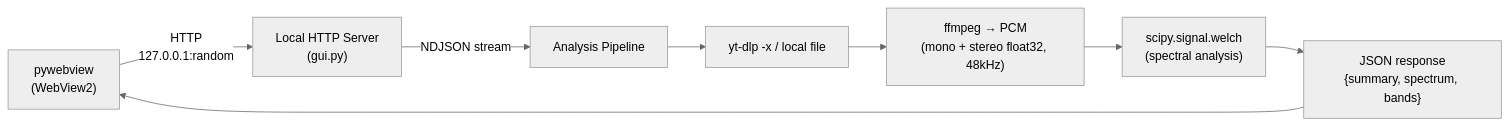
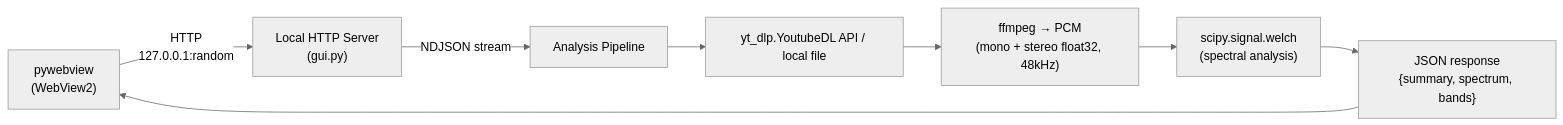
The diagram in CLAUDE.md (semnil/analyze-spectrum), drawn with Mermaid (neutral theme) before and after one commit. The commit also changed other lines of this file and 7 other files, not shown here.

First line of the commit message:
fix: yt-dlp を Python API 経由で呼び出すよう変更

````diff
--- a/CLAUDE.md
+++ b/CLAUDE.md
@@ -9,10 +9,10 @@
 ```mermaid
 graph LR
     A["pywebview<br/>(WebView2)"] -->|"HTTP<br/>127.0.0.1:random"| B["Local HTTP Server<br/>(gui.py)"]
     B -->|"NDJSON stream"| C["Analysis Pipeline"]
-    C --> D["yt-dlp -x / local file"]
+    C --> D["yt_dlp.YoutubeDL API / local file"]
     D --> E["ffmpeg → PCM<br/>(mono + stereo float32, 48kHz)"]
     E --> F["scipy.signal.welch<br/>(spectral analysis)"]
     F --> G["JSON response<br/>{summary, spectrum, bands}"]
     G --> A
 ```
````
